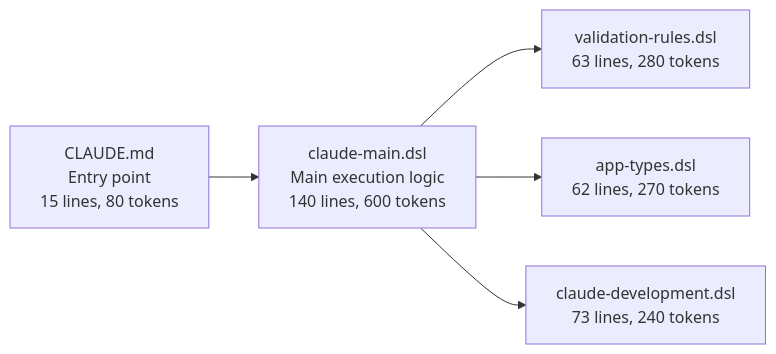
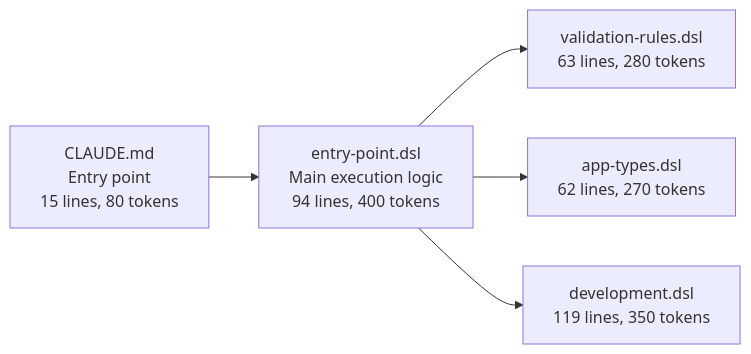
The fourth of 8 diagrams in dsl/FLOW.md (reivosar/claude-code-engineering-guide), drawn with Mermaid before and after one commit. The commit also changed other lines of this file and 1 other file, not shown here.

First line of the commit message:
UPDATE: Fix documentation to reflect DSL file renaming

````diff
--- a/dsl/FLOW.md
+++ b/dsl/FLOW.md
@@ -80,8 +80,8 @@
 ```mermaid
 graph LR
-    CLAUDE[CLAUDE.md<br/>Entry point<br/>15 lines, 80 tokens] --> Main[claude-main.dsl<br/>Main execution logic<br/>140 lines, 600 tokens]
+    CLAUDE[CLAUDE.md<br/>Entry point<br/>15 lines, 80 tokens] --> Main[entry-point.dsl<br/>Main execution logic<br/>94 lines, 400 tokens]
     
     Main --> External1[validation-rules.dsl<br/>63 lines, 280 tokens]
     Main --> External2[app-types.dsl<br/>62 lines, 270 tokens]
-    Main --> Dev[claude-development.dsl<br/>73 lines, 240 tokens]
+    Main --> Dev[development.dsl<br/>119 lines, 350 tokens]
 ```
````
